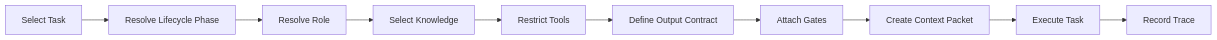
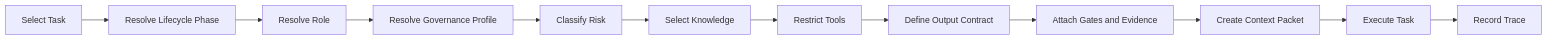
Before and after one commit to RALF-Framework/ralf: the diagram in docs/context-packets.md, drawn with Mermaid. The commit also changed other lines of this file and 6 other files, not shown here.

Commit message:
add governance, and create validation criterians

````diff
--- a/docs/context-packets.md
+++ b/docs/context-packets.md
@@ -170,12 +237,14 @@
 ```mermaid
 flowchart LR
     A[Select Task] --> B[Resolve Lifecycle Phase]
     B --> C[Resolve Role]
-    C --> D[Select Knowledge]
-    D --> E[Restrict Tools]
-    E --> F[Define Output Contract]
-    F --> G[Attach Gates]
-    G --> H[Create Context Packet]
-    H --> I[Execute Task]
-    I --> J[Record Trace]
+    C --> D[Resolve Governance Profile]
+    D --> E[Classify Risk]
+    E --> F[Select Knowledge]
+    F --> G[Restrict Tools]
+    G --> H[Define Output Contract]
+    H --> I[Attach Gates and Evidence]
+    I --> J[Create Context Packet]
+    J --> K[Execute Task]
+    K --> L[Record Trace]
 ```
````
